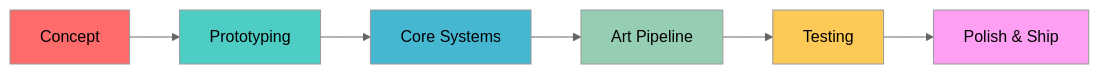
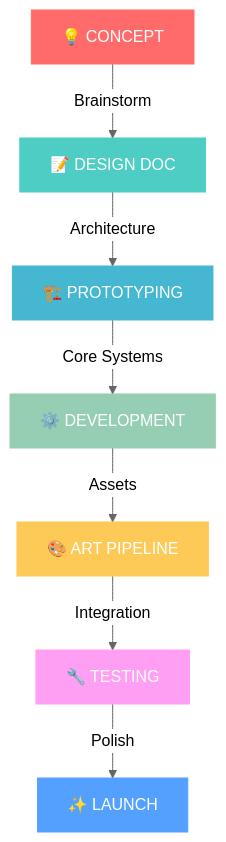
The diagram in README.md (saiouldrading/saiouldrading), drawn with Mermaid (neutral theme) before and after one commit. The commit also changed other lines of this file, not shown here.

````diff
--- a/README.md
+++ b/README.md
@@ -110,15 +164,17 @@
 ```mermaid
-graph LR
-    A[Concept] --> B[Prototyping]
-    B --> C[Core Systems]
-    C --> D[Art Pipeline]
-    D --> E[Testing]
-    E --> F[Polish & Ship]
+graph TB
+    A[💡 CONCEPT] -->|Brainstorm| B[📝 DESIGN DOC]
+    B -->|Architecture| C[🏗️ PROTOTYPING]
+    C -->|Core Systems| D[⚙️ DEVELOPMENT]
+    D -->|Assets| E[🎨 ART PIPELINE]
+    E -->|Integration| F[🔧 TESTING]
+    F -->|Polish| G[✨ LAUNCH]
     
-    style A fill:#ff6b6b
-    style B fill:#4ecdc4
-    style C fill:#45b7d1
-    style D fill:#96ceb4
-    style E fill:#feca57
-    style F fill:#ff9ff3
+    style A fill:#FF6B6B,stroke:#FF6B6B,color:#fff
+    style B fill:#4ECDC4,stroke:#4ECDC4,color:#fff
+    style C fill:#45B7D1,stroke:#45B7D1,color:#fff
+    style D fill:#96CEB4,stroke:#96CEB4,color:#fff
+    style E fill:#FECA57,stroke:#FECA57,color:#fff
+    style F fill:#FF9FF3,stroke:#FF9FF3,color:#fff
+    style G fill:#54A0FF,stroke:#54A0FF,color:#fff
 ```
````
